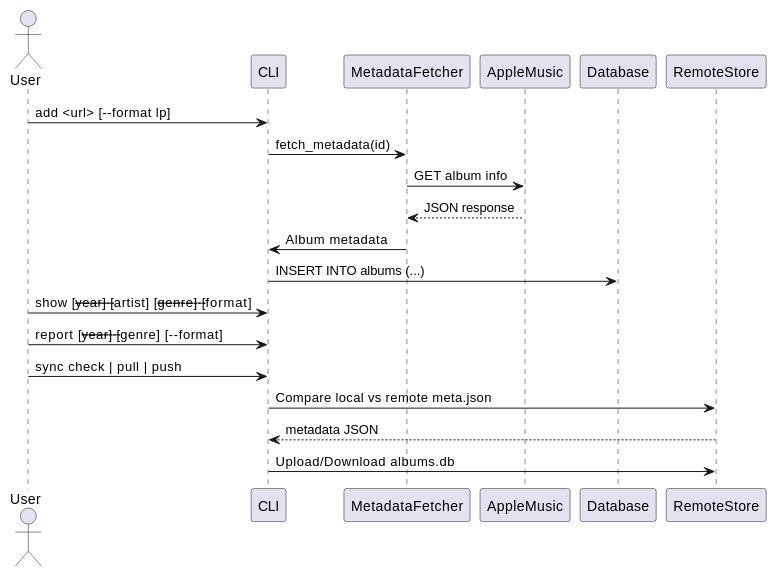
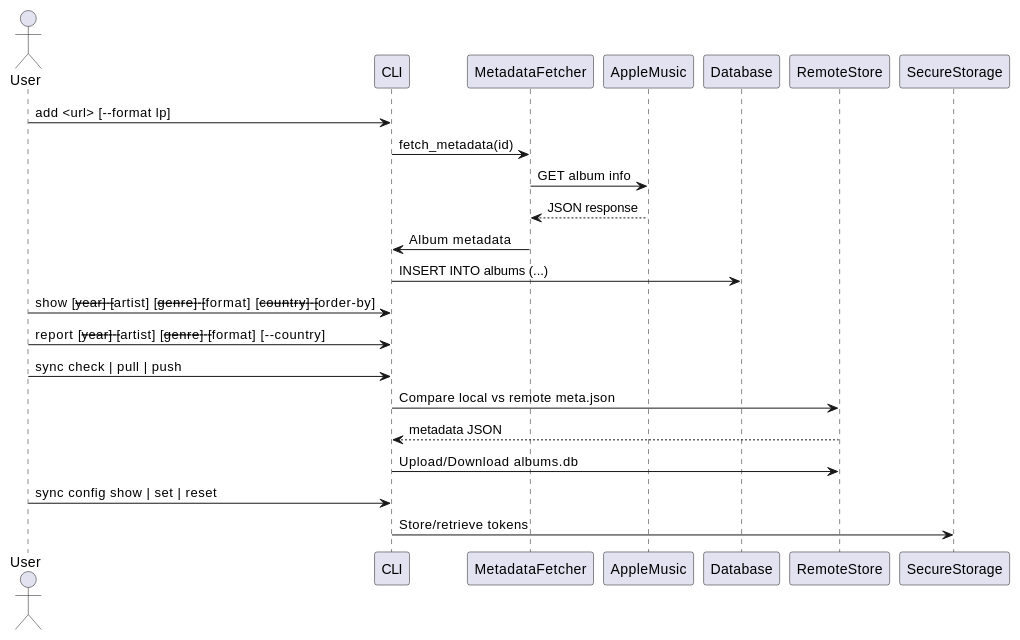
The diagram in gnedby-spec.adoc (kennycha/gnedby), drawn with PlantUML before and after one commit. The commit also changed other lines of this file and 2 other files, not shown here.

```diff
--- a/gnedby-spec.adoc
+++ b/gnedby-spec.adoc
@@ -35,18 +38,20 @@
 [plantuml]
 ----
 @startuml
 actor User
 User -> CLI : add <url> [--format lp]
 CLI -> MetadataFetcher : fetch_metadata(id)
 MetadataFetcher -> AppleMusic : GET album info
 AppleMusic --> MetadataFetcher : JSON response
 MetadataFetcher -> CLI : Album metadata
 CLI -> Database : INSERT INTO albums (...)
-User -> CLI : show [--year] [--artist] [--genre] [--format]
-User -> CLI : report [--year] [--genre] [--format]
+User -> CLI : show [--year] [--artist] [--genre] [--format] [--country] [--order-by]
+User -> CLI : report [--year] [--artist] [--genre] [--format] [--country]
 User -> CLI : sync check | pull | push
 CLI -> RemoteStore : Compare local vs remote meta.json
 RemoteStore --> CLI : metadata JSON
 CLI -> RemoteStore : Upload/Download albums.db
+User -> CLI : sync config show | set | reset
+CLI -> SecureStorage : Store/retrieve tokens
 @enduml
 ----
```
